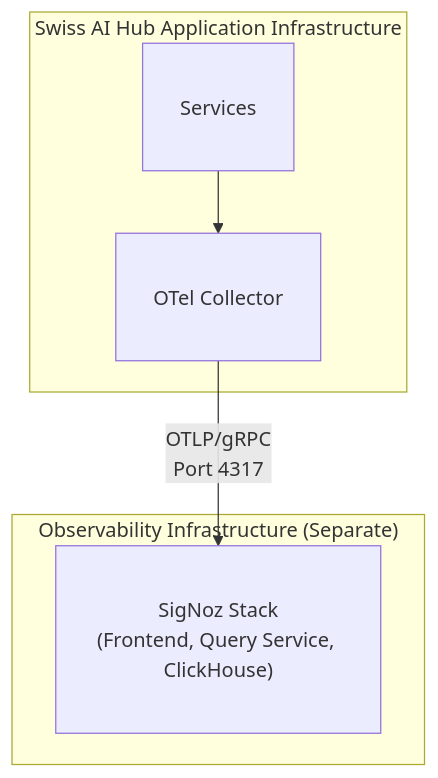
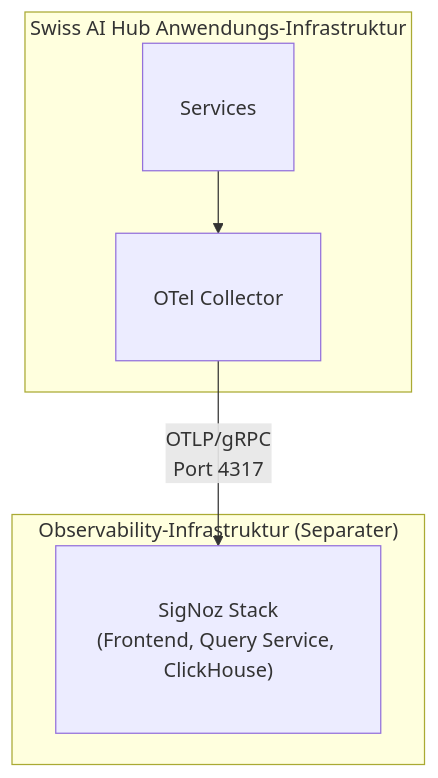
One commit to bbvch-ai/aihub-core changed the second of 2 diagrams in docs/docs/2_platform/3_deployment_guide/5_monitoring_and_alerting/1_log_aggregation/index.de.md. Above: the diagram before and after it, drawn with Mermaid. The commit also changed other lines of this file and 136 other files, not shown here.

````diff
--- a/docs/docs/2_platform/3_deployment_guide/5_monitoring_and_alerting/1_log_aggregation/index.de.md
+++ b/docs/docs/2_platform/3_deployment_guide/5_monitoring_and_alerting/1_log_aggregation/index.de.md
@@ -83,16 +73,16 @@
 ```mermaid
 graph TB
-    subgraph AppVM["Swiss AI Hub Application Infrastructure"]
+    subgraph AppVM["Swiss AI Hub Anwendungs-Infrastruktur"]
         Services["Services"]
         OTel["OTel Collector"]
         Services --> OTel
     end
 
-    subgraph ObsVM["Observability Infrastructure (Separate)"]
+    subgraph ObsVM["Observability-Infrastruktur (Separater)"]
         SigNozStack["SigNoz Stack<br/>(Frontend, Query Service, ClickHouse)"]
     end
 
     OTel -->|"OTLP/gRPC<br/>Port 4317"| SigNozStack
 
     classDef default font-size:16px,padding:20px
 ```
````
